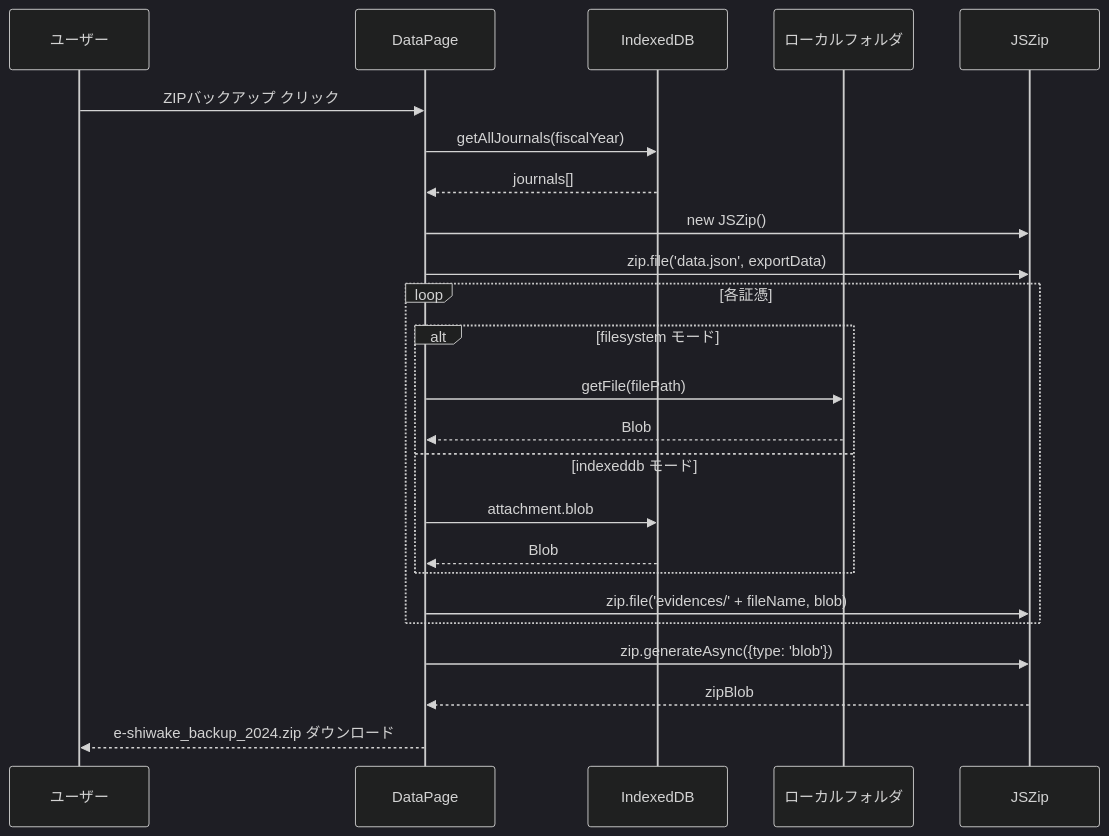
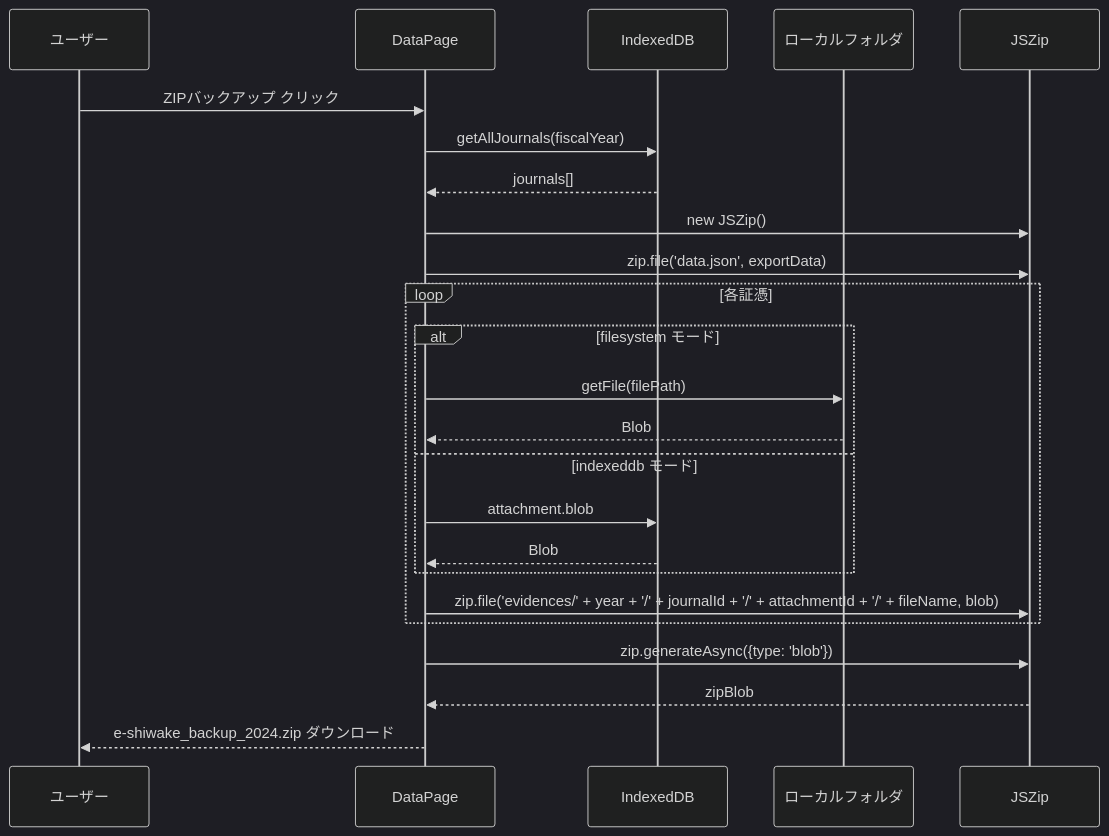
The fourth of 8 diagrams in docs/data-storage.md (shuji-bonji/e-shiwake), drawn with Mermaid (dark theme) before and after one commit. The commit also changed other lines of this file and 9 other files, not shown here.

````diff
--- a/docs/data-storage.md
+++ b/docs/data-storage.md
@@ -200,30 +200,30 @@
 ```mermaid
 sequenceDiagram
     participant User as ユーザー
     participant UI as DataPage
     participant DB as IndexedDB
     participant FS as ローカルフォルダ
     participant ZIP as JSZip
 
     User->>UI: ZIPバックアップ クリック
     UI->>DB: getAllJournals(fiscalYear)
     DB-->>UI: journals[]
 
     UI->>ZIP: new JSZip()
     UI->>ZIP: zip.file('data.json', exportData)
 
     loop 各証憑
         alt filesystem モード
             UI->>FS: getFile(filePath)
             FS-->>UI: Blob
         else indexeddb モード
             UI->>DB: attachment.blob
             DB-->>UI: Blob
         end
-        UI->>ZIP: zip.file('evidences/' + fileName, blob)
+        UI->>ZIP: zip.file('evidences/' + year + '/' + journalId + '/' + attachmentId + '/' + fileName, blob)
     end
 
     UI->>ZIP: zip.generateAsync({type: 'blob'})
     ZIP-->>UI: zipBlob
     UI-->>User: e-shiwake_backup_2024.zip ダウンロード
 ```
````
